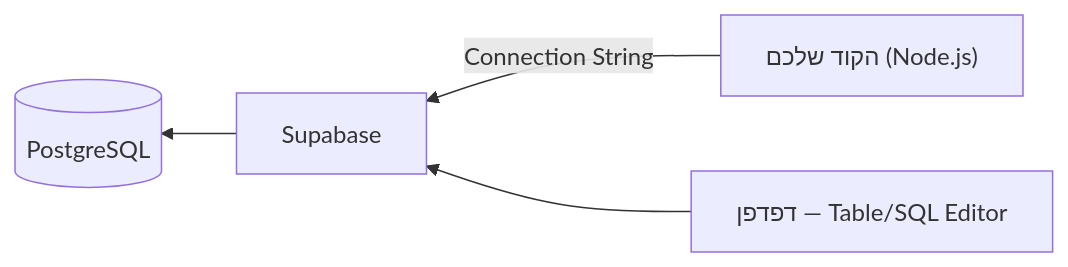
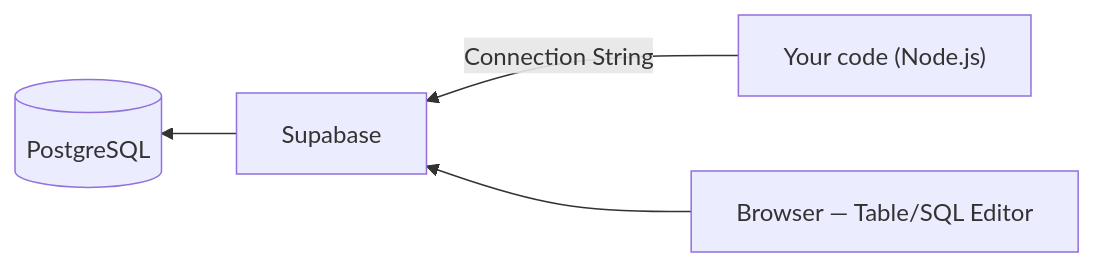
The diagram in content/docs/databases/47-supabase-content.md (neriyaMalachi/FullStack_kodkode_5), drawn with Mermaid before and after one commit. The commit also changed other lines of this file and 117 other files, not shown here.

````diff
--- a/content/docs/databases/47-supabase-content.md
+++ b/content/docs/databases/47-supabase-content.md
@@ -37,6 +37,6 @@
 ```mermaid
 flowchart RL
-    A["הקוד שלכם (Node.js)"] -->|Connection String| B["Supabase"]
+    A["Your code (Node.js)"] -->|Connection String| B["Supabase"]
     B --> C[("PostgreSQL")]
-    D["דפדפן — Table/SQL Editor"] --> B
+    D["Browser — Table/SQL Editor"] --> B
 ```
````
